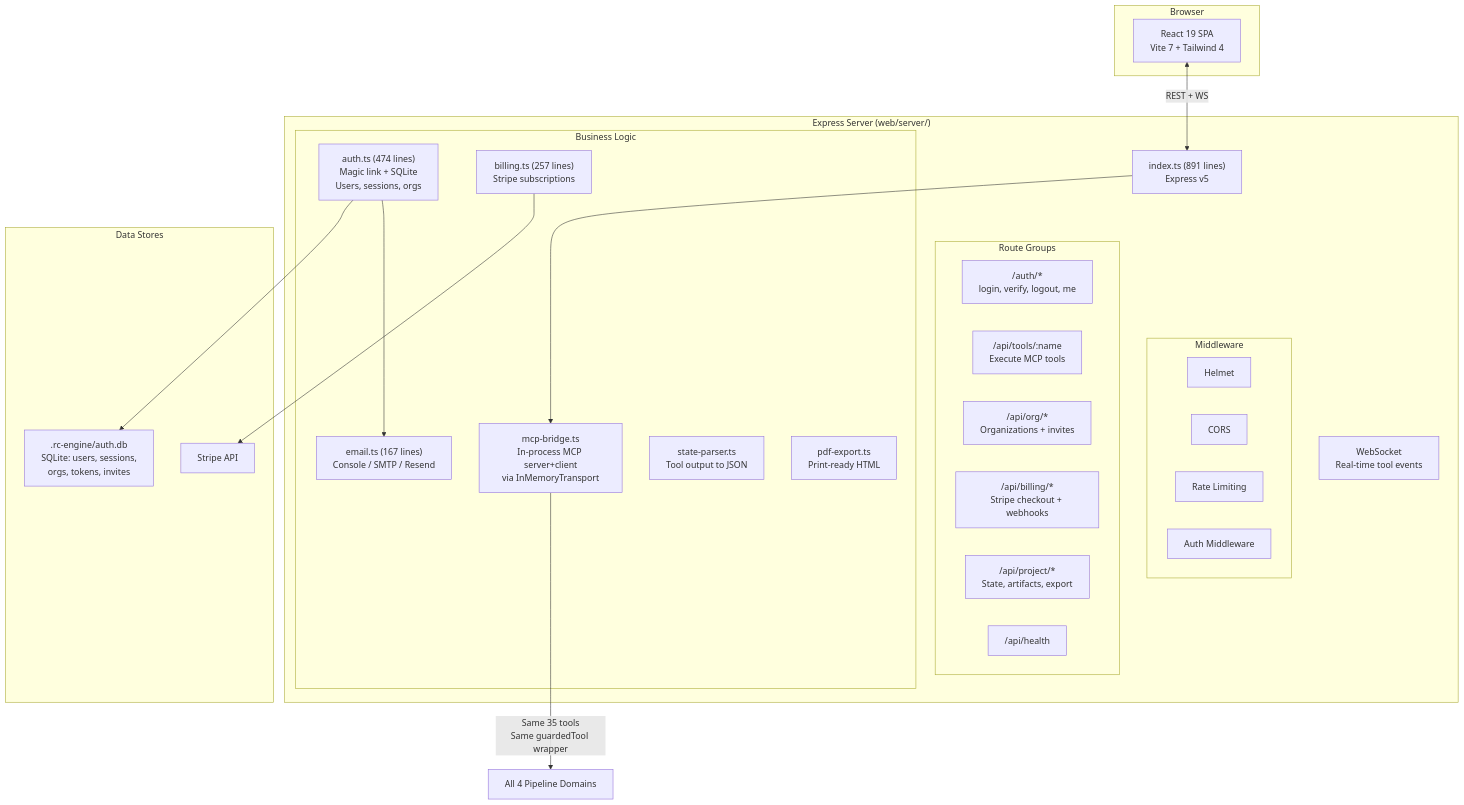
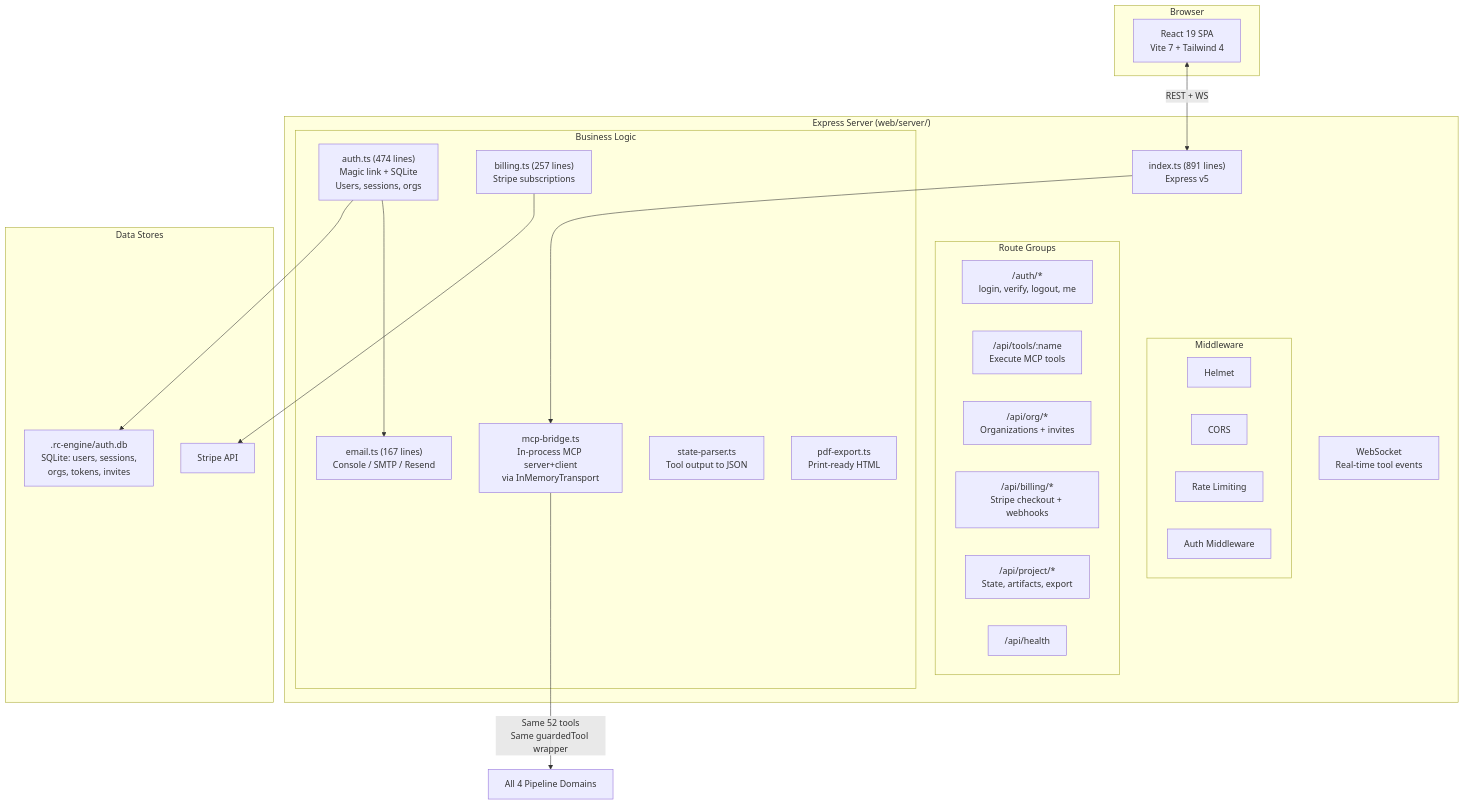
Diagram 11 of 19 in docs/ARCHITECTURE.md (originalrashmi/rc-engine-product-framework), drawn with Mermaid before and after one commit. The commit also changed other lines of this file and 11 other files, not shown here.

First line of the commit message:
fix: remove all tier/billing references, update to 52 tools across all docs

````diff
--- a/docs/ARCHITECTURE.md
+++ b/docs/ARCHITECTURE.md
@@ -568,49 +568,49 @@
 ```mermaid
 graph TD
     subgraph "Browser"
         SPA["React 19 SPA<br/>Vite 7 + Tailwind 4"]
     end
 
     subgraph "Express Server (web/server/)"
         SERVER["index.ts (891 lines)<br/>Express v5"]
 
         subgraph "Middleware"
             HELMET[Helmet]
             CORS_MW[CORS]
             RATE[Rate Limiting]
             AUTH_MW[Auth Middleware]
         end
 
         subgraph "Route Groups"
             AUTH_R["/auth/*<br/>login, verify, logout, me"]
             API_R["/api/tools/:name<br/>Execute MCP tools"]
             ORG_R["/api/org/*<br/>Organizations + invites"]
             BILL_R["/api/billing/*<br/>Stripe checkout + webhooks"]
             PROJ_R["/api/project/*<br/>State, artifacts, export"]
             HEALTH["/api/health"]
         end
 
         subgraph "Business Logic"
             MCP_BRIDGE["mcp-bridge.ts<br/>In-process MCP server+client<br/>via InMemoryTransport"]
             AUTH_SYS["auth.ts (474 lines)<br/>Magic link + SQLite<br/>Users, sessions, orgs"]
             BILLING["billing.ts (257 lines)<br/>Stripe subscriptions"]
             EMAIL["email.ts (167 lines)<br/>Console / SMTP / Resend"]
             STATE_P["state-parser.ts<br/>Tool output to JSON"]
             PDF["pdf-export.ts<br/>Print-ready HTML"]
         end
 
         WS["WebSocket<br/>Real-time tool events"]
     end
 
     subgraph "Data Stores"
         AUTH_DB[".rc-engine/auth.db<br/>SQLite: users, sessions,<br/>orgs, tokens, invites"]
         STRIPE_API["Stripe API"]
     end
 
     SPA <-->|REST + WS| SERVER
     SERVER --> MCP_BRIDGE
-    MCP_BRIDGE -->|"Same 35 tools<br/>Same guardedTool wrapper"| DOMAINS["All 4 Pipeline Domains"]
+    MCP_BRIDGE -->|"Same 52 tools<br/>Same guardedTool wrapper"| DOMAINS["All 4 Pipeline Domains"]
     AUTH_SYS --> AUTH_DB
     BILLING --> STRIPE_API
     AUTH_SYS --> EMAIL
 ```
````
